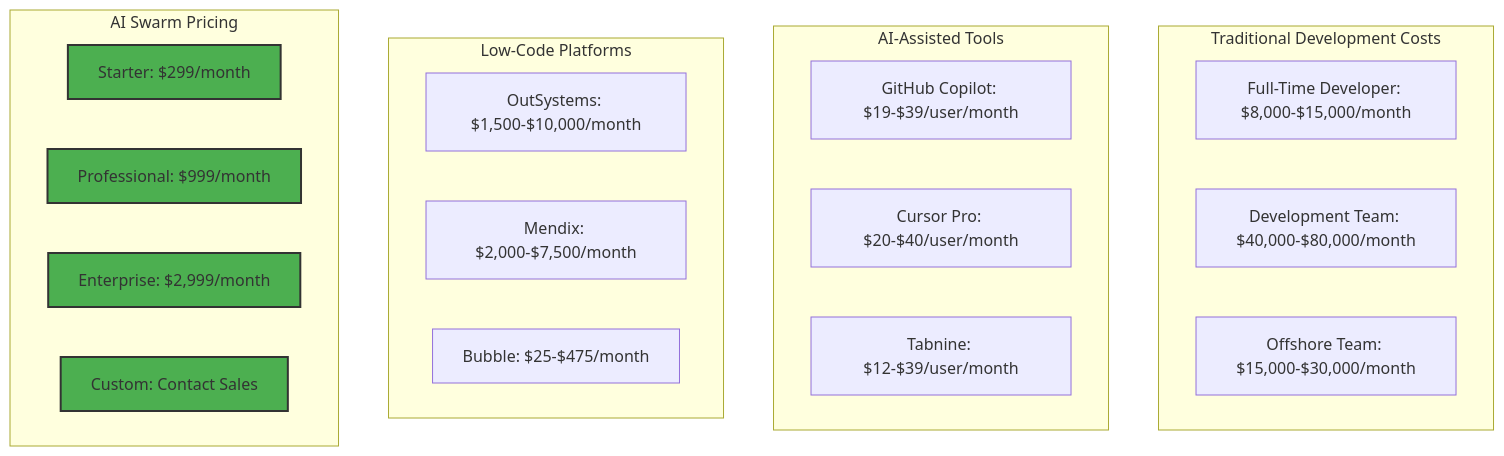
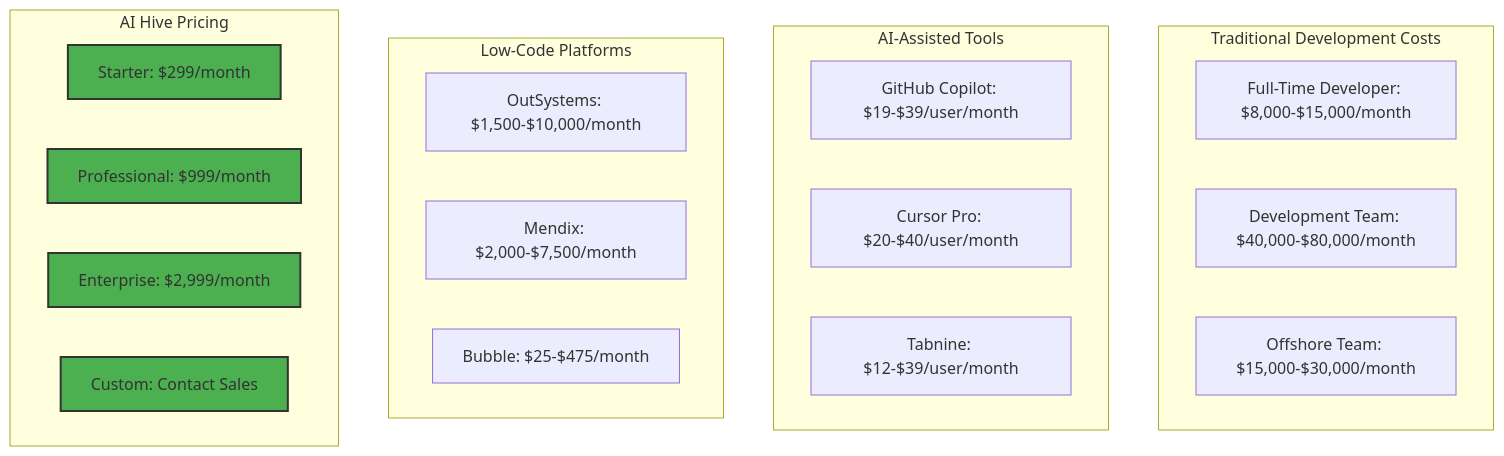
Before and after one commit to o2alexanderfedin/AI-Hive-Business-Docs: the first of 10 diagrams in business-documents/competitive-positioning/05-pricing-strategy.md, drawn with Mermaid. The commit also changed other lines of this file and 22 other files, not shown here.

First line of the commit message:
Replace all references from 'AI Swarm' to 'AI Hive' across project

````diff
--- a/business-documents/competitive-positioning/05-pricing-strategy.md
+++ b/business-documents/competitive-positioning/05-pricing-strategy.md
@@ -24,32 +24,32 @@
 ```mermaid
 graph TD
     subgraph "Traditional Development Costs"
         TD1[Full-Time Developer: $8,000-$15,000/month]
         TD2[Development Team: $40,000-$80,000/month]
         TD3[Offshore Team: $15,000-$30,000/month]
     end
 
     subgraph "AI-Assisted Tools"
         AI1[GitHub Copilot: $19-$39/user/month]
         AI2[Cursor Pro: $20-$40/user/month]
         AI3[Tabnine: $12-$39/user/month]
     end
 
     subgraph "Low-Code Platforms"
         LC1[OutSystems: $1,500-$10,000/month]
         LC2[Mendix: $2,000-$7,500/month]
         LC3[Bubble: $25-$475/month]
     end
 
-    subgraph "AI Swarm Pricing"
+    subgraph "AI Hive Pricing"
         AS1[Starter: $299/month]
         AS2[Professional: $999/month]
         AS3[Enterprise: $2,999/month]
         AS4[Custom: Contact Sales]
     end
 
     style AS1 fill:#4CAF50,stroke:#333,stroke-width:2px
     style AS2 fill:#4CAF50,stroke:#333,stroke-width:2px
     style AS3 fill:#4CAF50,stroke:#333,stroke-width:2px
     style AS4 fill:#4CAF50,stroke:#333,stroke-width:2px
 ```
````
